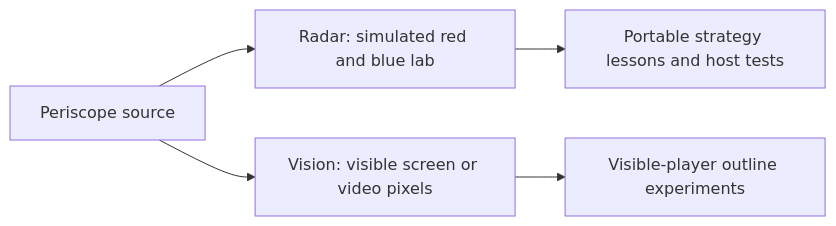
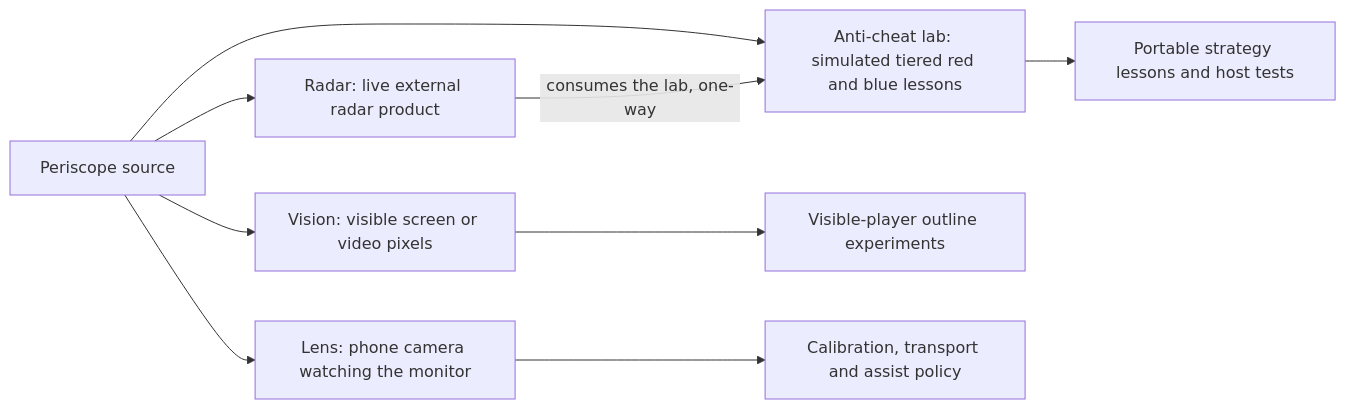
One commit to sebastianspicker/periscope-cs2 changed the diagram in README.md. Above: the diagram before and after it, drawn with Mermaid. The commit also changed other lines of this file and 1657 other files, not shown here.

````diff
--- a/README.md
+++ b/README.md
@@ -29,7 +35,11 @@
 ```mermaid
 flowchart LR
-  Repo[Periscope source] --> Radar[Radar: simulated red and blue lab]
+  Repo[Periscope source] --> Lab[Anti-cheat lab: simulated tiered red and blue lessons]
+  Repo --> Radar[Radar: live external radar product]
   Repo --> Vision[Vision: visible screen or video pixels]
-  Radar --> Lessons[Portable strategy lessons and host tests]
+  Repo --> Lens[Lens: phone camera watching the monitor]
+  Lab --> Lessons[Portable strategy lessons and host tests]
+  Radar -->|consumes the lab, one-way| Lab
   Vision --> Outlines[Visible-player outline experiments]
+  Lens --> Targets[Calibration, transport and assist policy]
 ```
````
